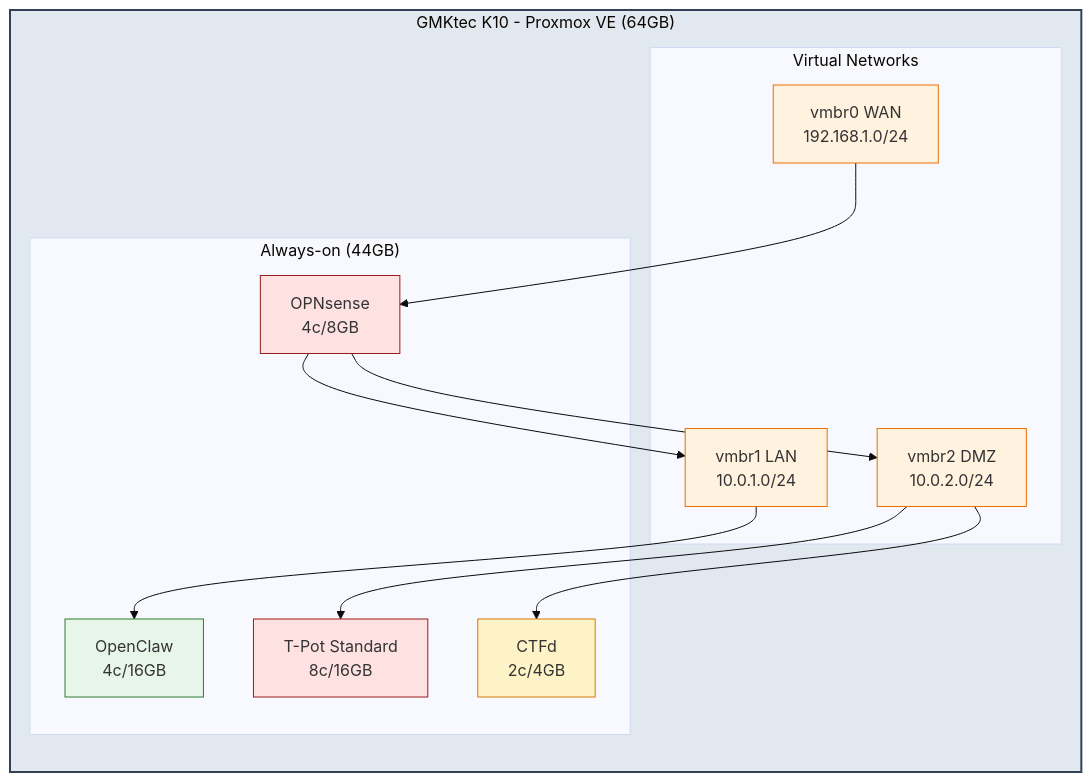
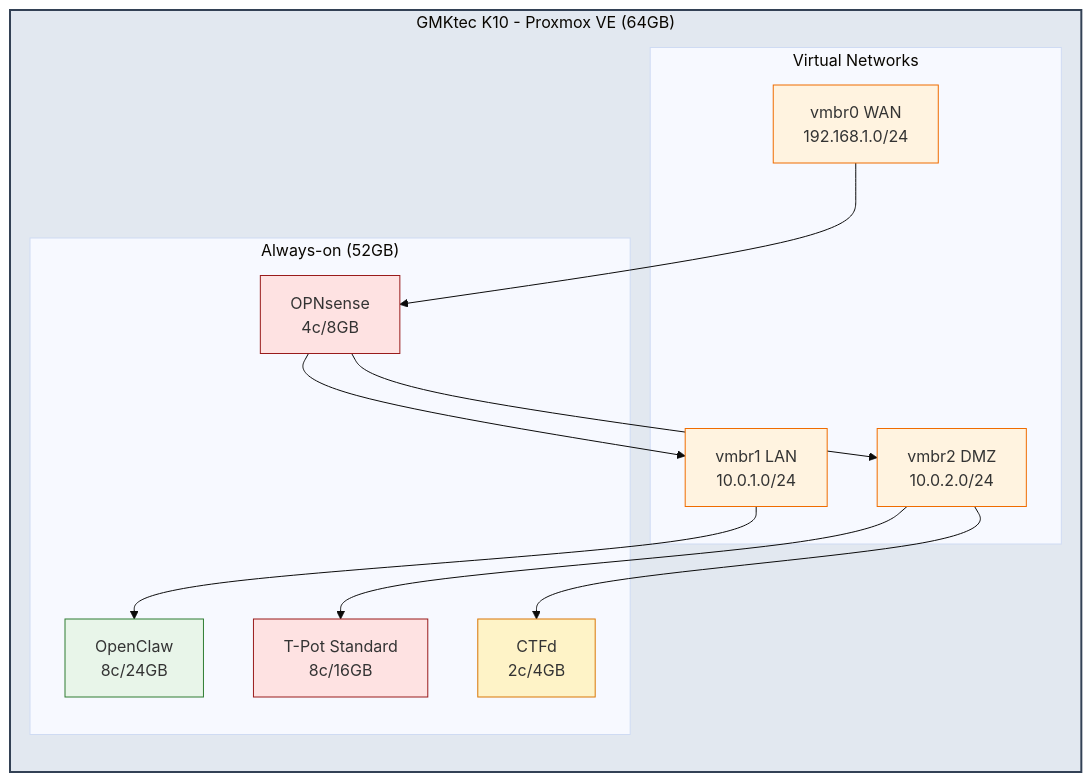
Before and after one commit to yamisskey-dev/yamisskey-terraform: the diagram in README.md, drawn with Mermaid (base theme). The commit also changed other lines of this file and 2 other files, not shown here.

Commit message:
Increase OpenClaw VM resources to 8c/24GB

````diff
--- a/README.md
+++ b/README.md
@@ -34,32 +34,32 @@
 ```mermaid
 graph TB
     classDef host fill:#e2e8f0,stroke:#334155,stroke-width:2px
     classDef net fill:#fff3e0,stroke:#ef6c00
     classDef sec fill:#fee2e2,stroke:#991b1b
     classDef ctf fill:#fef3c7,stroke:#d97706
     classDef agent fill:#e8f5e9,stroke:#2e7d32
 
     subgraph proxmox["GMKtec K10 - Proxmox VE (64GB)"]
         direction TB
 
         subgraph networks[Virtual Networks]
             vmbr0[vmbr0 WAN<br/>192.168.1.0/24]:::net
             vmbr1[vmbr1 LAN<br/>10.0.1.0/24]:::net
             vmbr2[vmbr2 DMZ<br/>10.0.2.0/24]:::net
         end
 
-        subgraph always["Always-on (44GB)"]
+        subgraph always["Always-on (52GB)"]
             opnsense[OPNsense<br/>4c/8GB]:::sec
             tpot[T-Pot Standard<br/>8c/16GB]:::sec
             ctfd[CTFd<br/>2c/4GB]:::ctf
-            openclaw[OpenClaw<br/>4c/16GB]:::agent
+            openclaw[OpenClaw<br/>8c/24GB]:::agent
         end
     end
 
     vmbr0 --> opnsense
     opnsense --> vmbr1 & vmbr2
     vmbr1 --> openclaw
     vmbr2 --> tpot & ctfd
 
     class proxmox host
 ```
````
